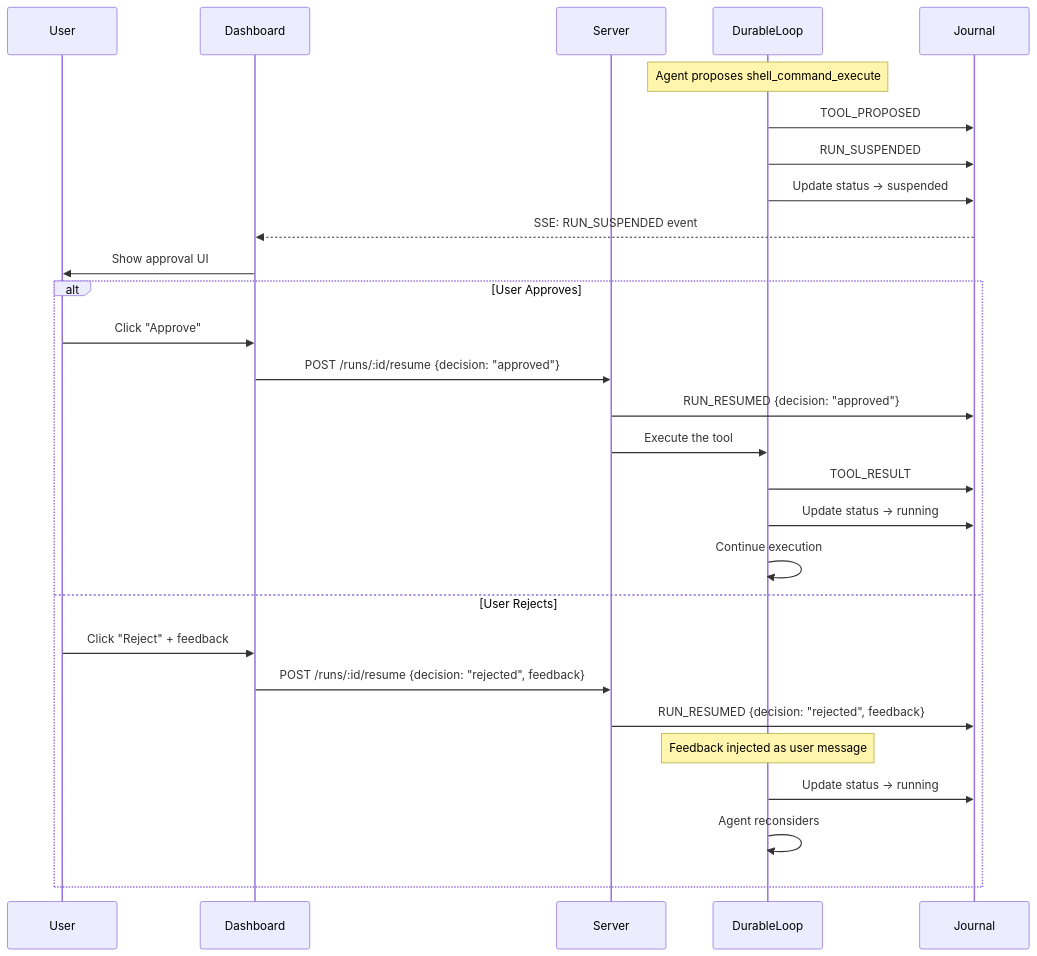
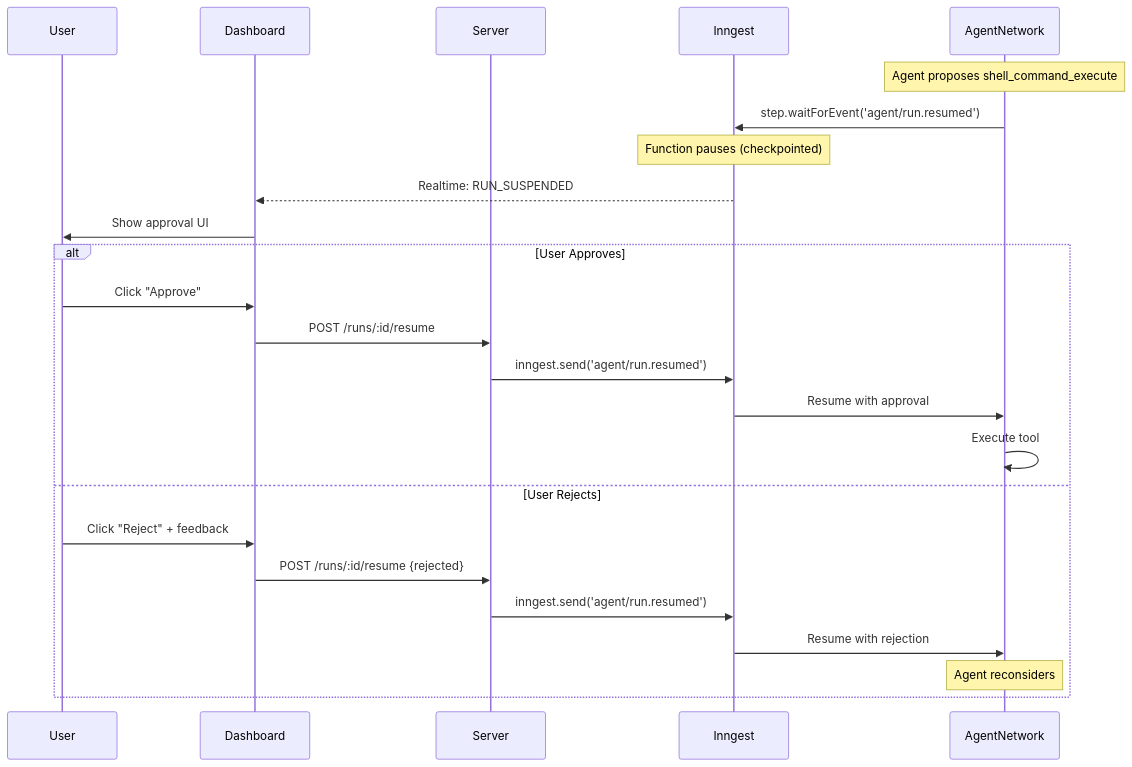
Before and after one commit to tonyfosterdev/agent-ops: the second of 2 diagrams in AGENT_ARCHITECTURE.md, drawn with Mermaid. The commit also changed other lines of this file and 37 other files, not shown here.

````diff
--- a/AGENT_ARCHITECTURE.md
+++ b/AGENT_ARCHITECTURE.md
@@ -213,32 +276,28 @@
 ```mermaid
 sequenceDiagram
     participant User
     participant Dashboard
     participant Server
-    participant DurableLoop
-    participant Journal
+    participant Inngest
+    participant AgentNetwork
 
-    Note over DurableLoop: Agent proposes shell_command_execute
-    DurableLoop->>Journal: TOOL_PROPOSED
-    DurableLoop->>Journal: RUN_SUSPENDED
-    DurableLoop->>Journal: Update status → suspended
-    Journal-->>Dashboard: SSE: RUN_SUSPENDED event
+    Note over AgentNetwork: Agent proposes shell_command_execute
+    AgentNetwork->>Inngest: step.waitForEvent('agent/run.resumed')
+    Note over Inngest: Function pauses (checkpointed)
+    Inngest-->>Dashboard: Realtime: RUN_SUSPENDED
     Dashboard->>User: Show approval UI
 
     alt User Approves
         User->>Dashboard: Click "Approve"
-        Dashboard->>Server: POST /runs/:id/resume {decision: "approved"}
-        Server->>Journal: RUN_RESUMED {decision: "approved"}
-        Server->>DurableLoop: Execute the tool
-        DurableLoop->>Journal: TOOL_RESULT
-        DurableLoop->>Journal: Update status → running
-        DurableLoop->>DurableLoop: Continue execution
+        Dashboard->>Server: POST /runs/:id/resume
+        Server->>Inngest: inngest.send('agent/run.resumed')
+        Inngest->>AgentNetwork: Resume with approval
+        AgentNetwork->>AgentNetwork: Execute tool
     else User Rejects
         User->>Dashboard: Click "Reject" + feedback
-        Dashboard->>Server: POST /runs/:id/resume {decision: "rejected", feedback}
-        Server->>Journal: RUN_RESUMED {decision: "rejected", feedback}
-        Note over DurableLoop: Feedback injected as user message
-        DurableLoop->>Journal: Update status → running
-        DurableLoop->>DurableLoop: Agent reconsiders
+        Dashboard->>Server: POST /runs/:id/resume {rejected}
+        Server->>Inngest: inngest.send('agent/run.resumed')
+        Inngest->>AgentNetwork: Resume with rejection
+        Note over AgentNetwork: Agent reconsiders
     end
 ```
````
